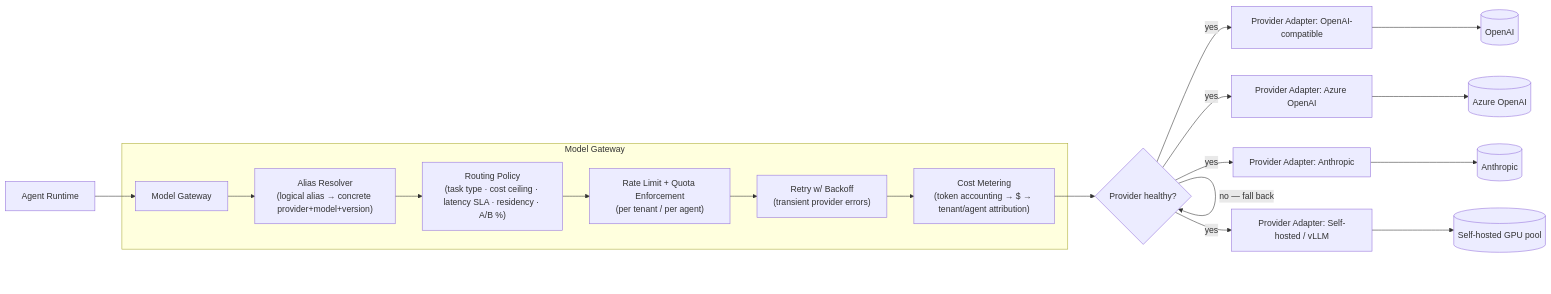
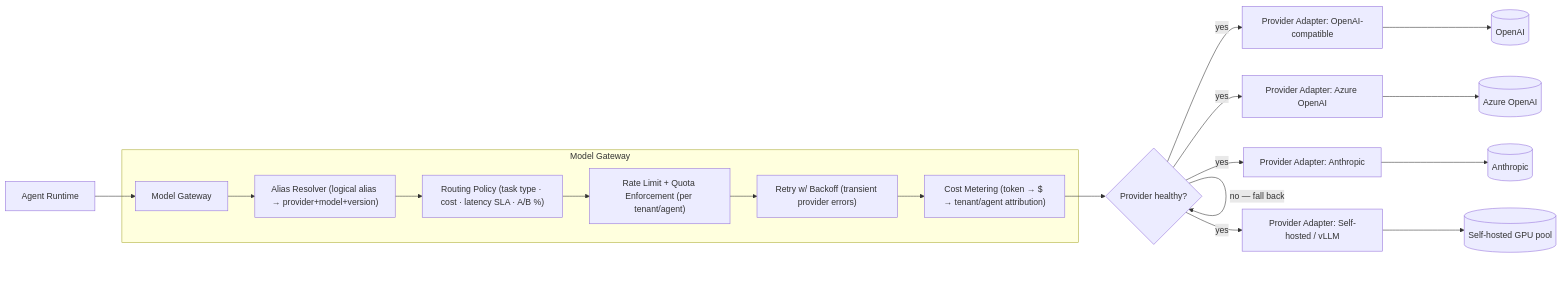
Before and after one commit to dsgouda7/ai-portfolio: the first of 3 diagrams in learning/agentic-ai-system-design/04-model-gateway-and-llm-providers.md, drawn with Mermaid. The commit also changed 11 other files, not shown here.

````diff
--- a/learning/agentic-ai-system-design/04-model-gateway-and-llm-providers.md
+++ b/learning/agentic-ai-system-design/04-model-gateway-and-llm-providers.md
@@ -50,24 +50,24 @@
 ```mermaid
 flowchart LR
     Runtime["Agent Runtime"] --> MG["Model Gateway"]
 
     subgraph MG_internals ["Model Gateway"]
-        MG --> Resolve["Alias Resolver\n(logical alias → concrete provider+model+version)"]
-        Resolve --> Routing["Routing Policy\n(task type · cost ceiling · latency SLA · residency · A/B %)"]
-        Routing --> RateLimit["Rate Limit + Quota Enforcement\n(per tenant / per agent)"]
-        RateLimit --> Retry["Retry w/ Backoff\n(transient provider errors)"]
-        Retry --> Cost["Cost Metering\n(token accounting → $ → tenant/agent attribution)"]
+        MG --> Resolve["Alias Resolver (logical alias → provider+model+version)"]
+        Resolve --> Routing["Routing Policy (task type · cost · latency SLA · A/B %)"]
+        Routing --> RateLimit["Rate Limit + Quota Enforcement (per tenant/agent)"]
+        RateLimit --> Retry["Retry w/ Backoff (transient provider errors)"]
+        Retry --> Cost["Cost Metering (token → $ → tenant/agent attribution)"]
     end
 
     Cost --> Fallback{"Provider healthy?"}
     Fallback -->|"yes"| AdapterA["Provider Adapter: OpenAI-compatible"]
     Fallback -->|"yes"| AdapterB["Provider Adapter: Azure OpenAI"]
     Fallback -->|"yes"| AdapterC["Provider Adapter: Anthropic"]
     Fallback -->|"yes"| AdapterD["Provider Adapter: Self-hosted / vLLM"]
     Fallback -->|"no — fall back"| Fallback
 
     AdapterA --> ProviderA[("OpenAI")]
     AdapterB --> ProviderB[("Azure OpenAI")]
     AdapterC --> ProviderC[("Anthropic")]
     AdapterD --> ProviderD[("Self-hosted GPU pool")]
 ```
````
